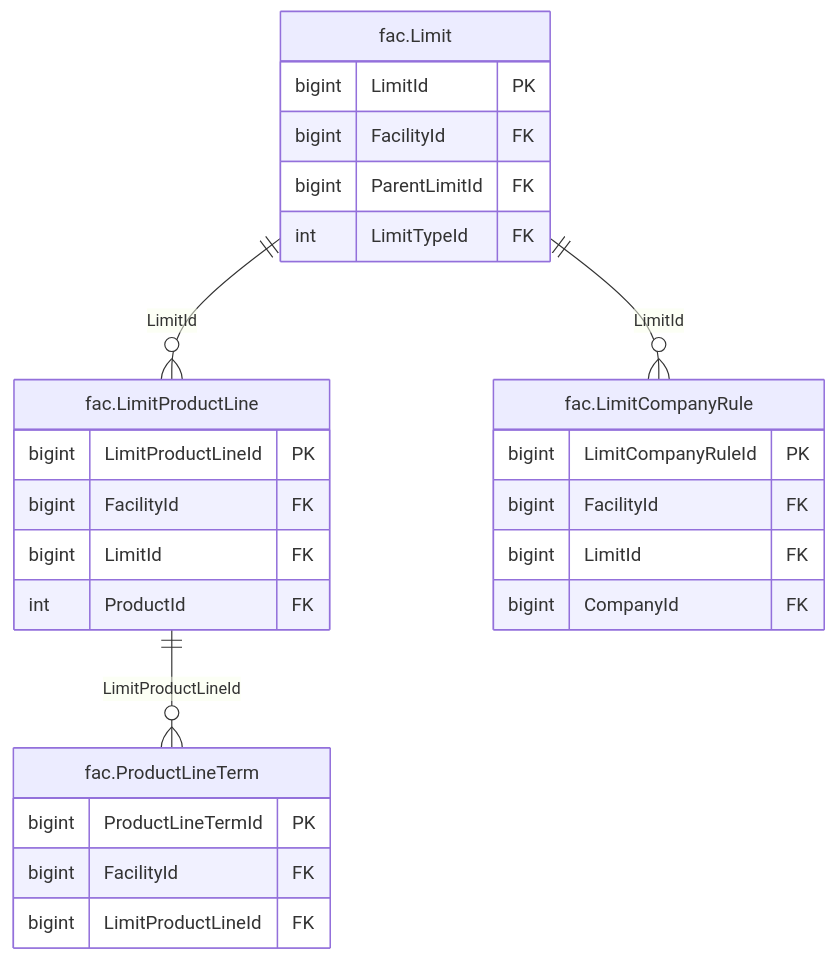
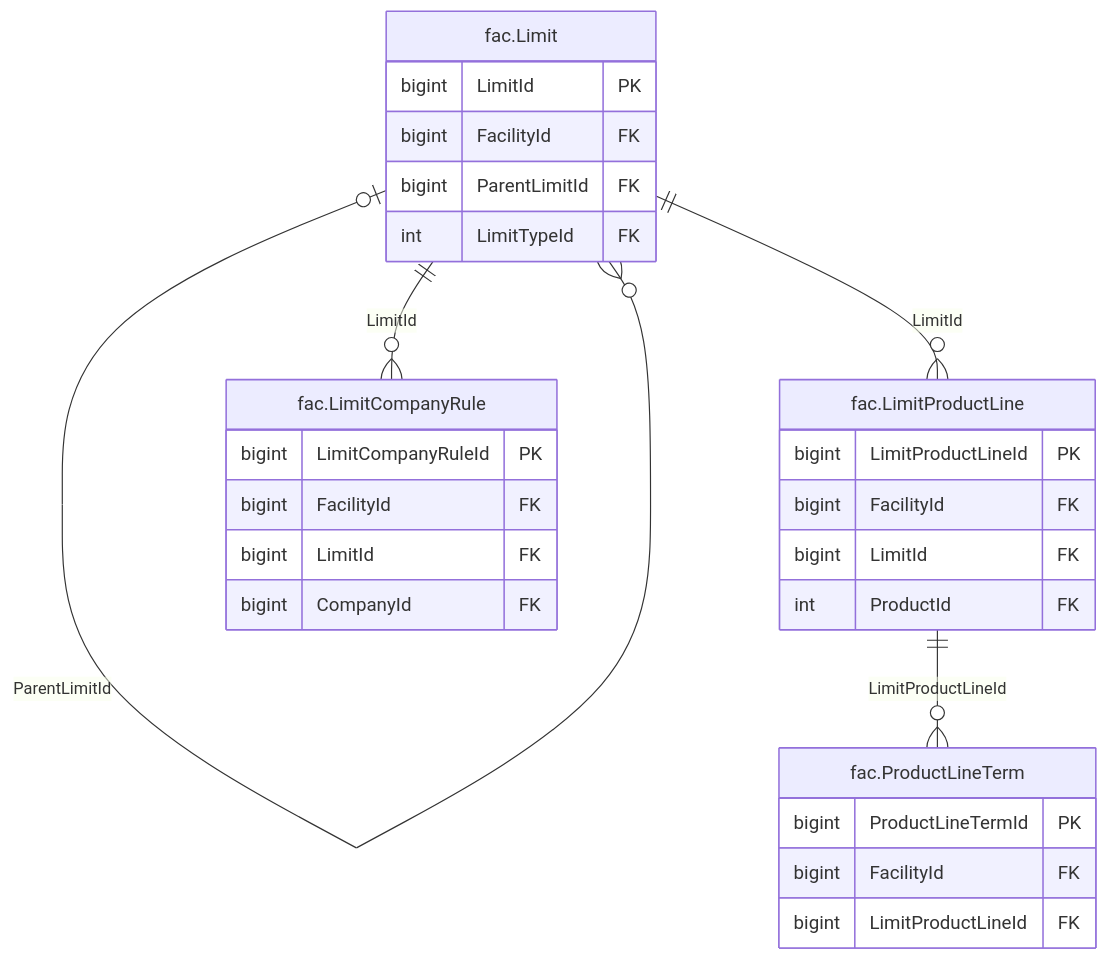
Before and after one commit to thawrasy/smartlines: the diagram in treasury-platform/docs/diagrams/erd/m5_limits_1.mmd, drawn with Mermaid. The commit also changed 139 other files, not shown here.

```diff
--- a/treasury-platform/docs/diagrams/erd/m5_limits_1.mmd
+++ b/treasury-platform/docs/diagrams/erd/m5_limits_1.mmd
@@ -1,28 +1,29 @@
 %% م5 · الحدود والاستخدام والحجوزات (1/2) — Limits, utilisation & reservations
 erDiagram
   fac_Limit["fac.Limit"] {
     bigint LimitId PK
     bigint FacilityId FK
     bigint ParentLimitId FK
     int LimitTypeId FK
   }
   fac_LimitProductLine["fac.LimitProductLine"] {
     bigint LimitProductLineId PK
     bigint FacilityId FK
     bigint LimitId FK
     int ProductId FK
   }
   fac_LimitCompanyRule["fac.LimitCompanyRule"] {
     bigint LimitCompanyRuleId PK
     bigint FacilityId FK
     bigint LimitId FK
     bigint CompanyId FK
   }
   fac_ProductLineTerm["fac.ProductLineTerm"] {
     bigint ProductLineTermId PK
     bigint FacilityId FK
     bigint LimitProductLineId FK
   }
+  fac_Limit |o--o{ fac_Limit : "ParentLimitId"
   fac_Limit ||--o{ fac_LimitCompanyRule : "LimitId"
   fac_Limit ||--o{ fac_LimitProductLine : "LimitId"
   fac_LimitProductLine ||--o{ fac_ProductLineTerm : "LimitProductLineId"
```
